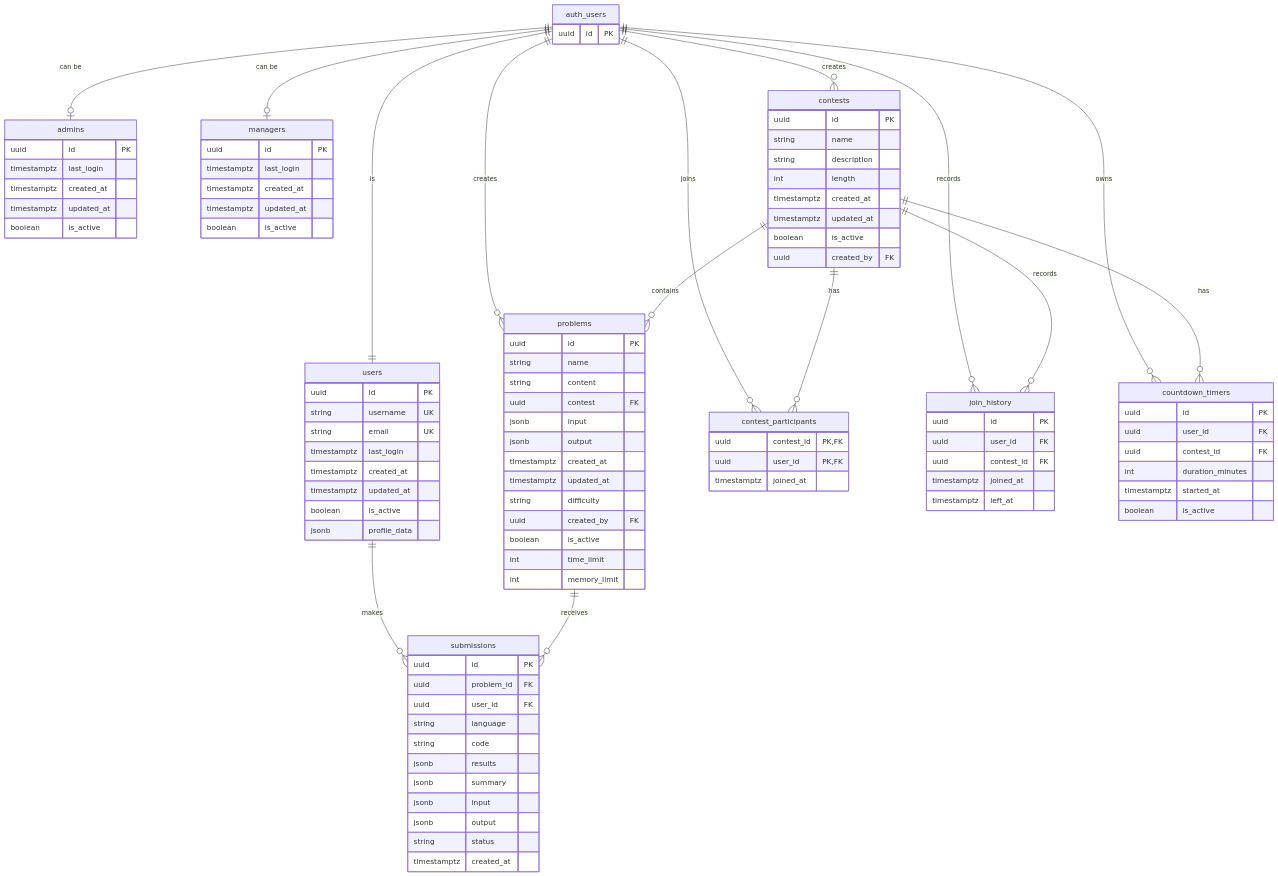
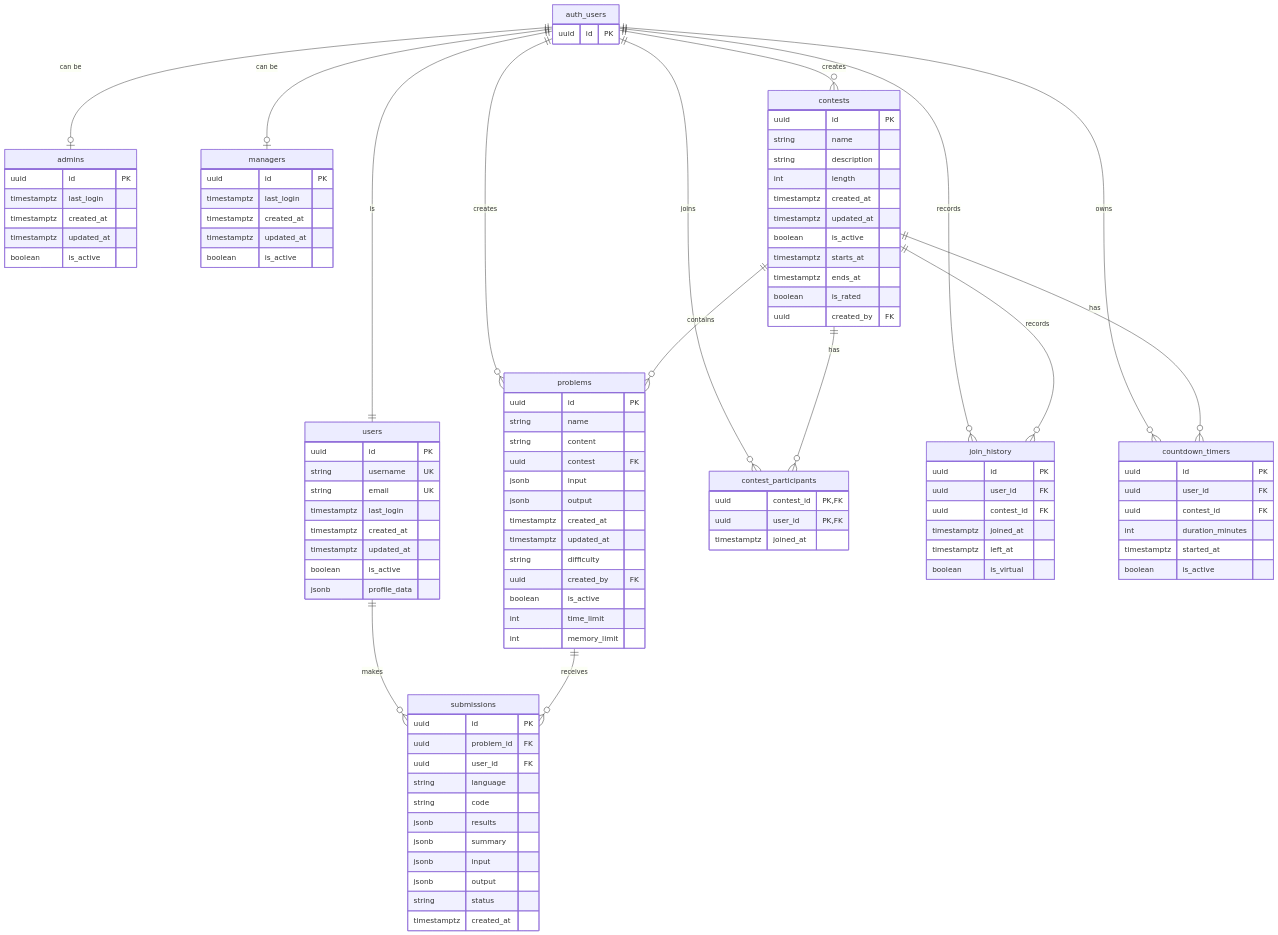
Before and after one commit to WMOJ/wmoj-app: the diagram in docs/entity-relation-diagram.md, drawn with Mermaid. The commit also changed 20 other files, not shown here.

First line of the commit message:
feat: contest time windows, virtual mode, and rated flag

```diff
--- a/docs/entity-relation-diagram.md
+++ b/docs/entity-relation-diagram.md
@@ -43,6 +43,9 @@
         timestamptz created_at
         timestamptz updated_at
         boolean is_active
+        timestamptz starts_at
+        timestamptz ends_at
+        boolean is_rated
         uuid created_by FK
     }
 
@@ -91,6 +94,7 @@
         uuid contest_id FK
         timestamptz joined_at
         timestamptz left_at
+        boolean is_virtual
     }
 
     countdown_timers {
@@ -109,7 +113,7 @@
 
     auth_users ||--o{ contests : "creates"
     auth_users ||--o{ problems : "creates"
-    
+
     auth_users ||--o{ contest_participants : "joins"
     contests ||--o{ contest_participants : "has"
 
@@ -120,7 +124,7 @@
     contests ||--o{ countdown_timers : "has"
 
     contests ||--o{ problems : "contains"
-    
+
     %% Note: submissions table foreign keys to users and problems weren't explicitly documented as DB constraints in the dump, but logically:
     users ||--o{ submissions : "makes"
     problems ||--o{ submissions : "receives"
```
